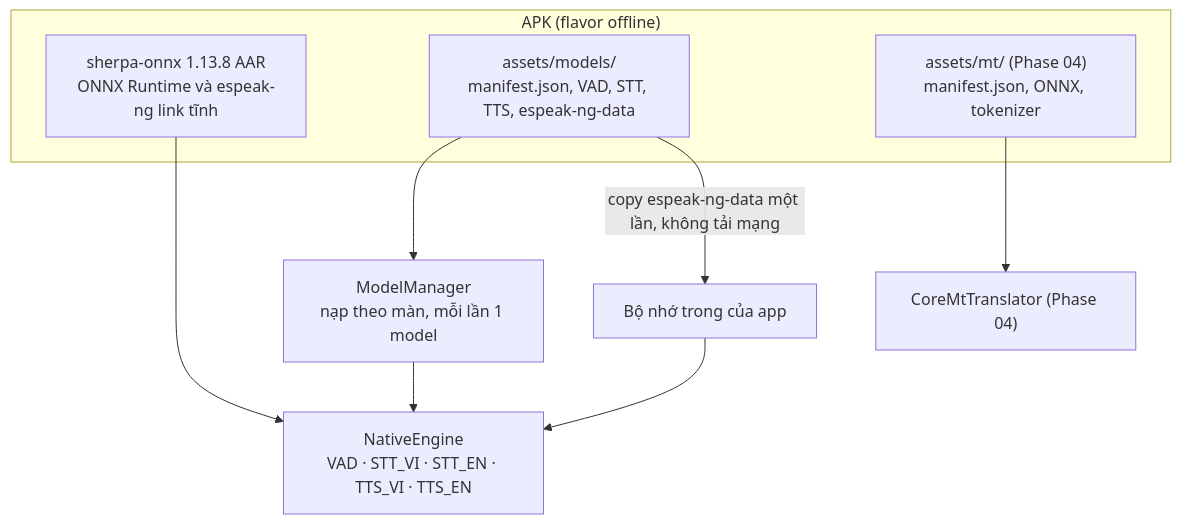
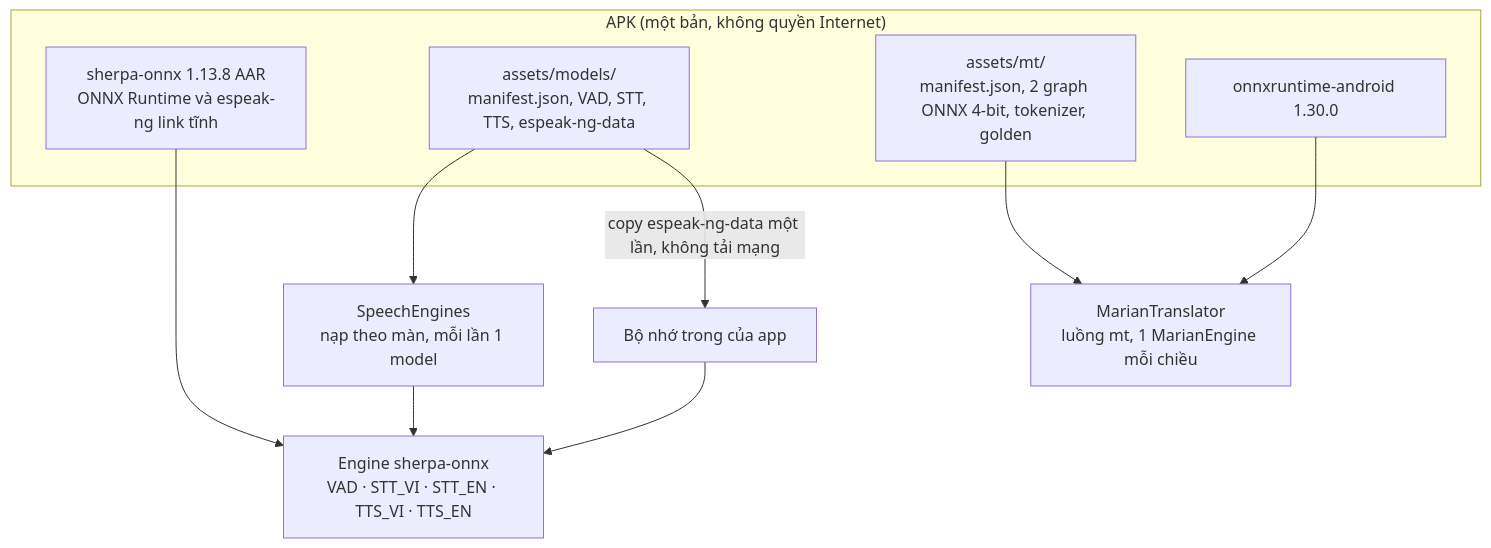
The second of 2 diagrams in AppProduct/docs/architecture.md (PTDat203/VietTechTrans), drawn with Mermaid before and after one commit. The commit also changed other lines of this file and 119 other files, not shown here.

````diff
--- a/AppProduct/docs/architecture.md
+++ b/AppProduct/docs/architecture.md
@@ -45,14 +48,16 @@
 ```mermaid
 flowchart TB
-  subgraph APK["APK (flavor offline)"]
+  subgraph APK["APK (một bản, không quyền Internet)"]
     AAR["sherpa-onnx 1.13.8 AAR<br/>ONNX Runtime và espeak-ng link tĩnh"]
     MODELS["assets/models/<br/>manifest.json, VAD, STT, TTS, espeak-ng-data"]
-    MTPKG["assets/mt/ (Phase 04)<br/>manifest.json, ONNX, tokenizer"]
+    MTPKG["assets/mt/<br/>manifest.json, 2 graph ONNX 4-bit, tokenizer, golden"]
+    ORT["onnxruntime-android 1.30.0"]
   end
-  MODELS --> MM["ModelManager<br/>nạp theo màn, mỗi lần 1 model"]
-  AAR --> ENG["NativeEngine<br/>VAD · STT_VI · STT_EN · TTS_VI · TTS_EN"]
+  MODELS --> MM["SpeechEngines<br/>nạp theo màn, mỗi lần 1 model"]
+  AAR --> ENG["Engine sherpa-onnx<br/>VAD · STT_VI · STT_EN · TTS_VI · TTS_EN"]
   MM --> ENG
   MODELS -->|copy espeak-ng-data một lần, không tải mạng| FS["Bộ nhớ trong của app"]
   FS --> ENG
-  MTPKG --> CMT["CoreMtTranslator (Phase 04)"]
+  MTPKG --> CMT["MarianTranslator<br/>luồng mt, 1 MarianEngine mỗi chiều"]
+  ORT --> CMT
 ```
````
